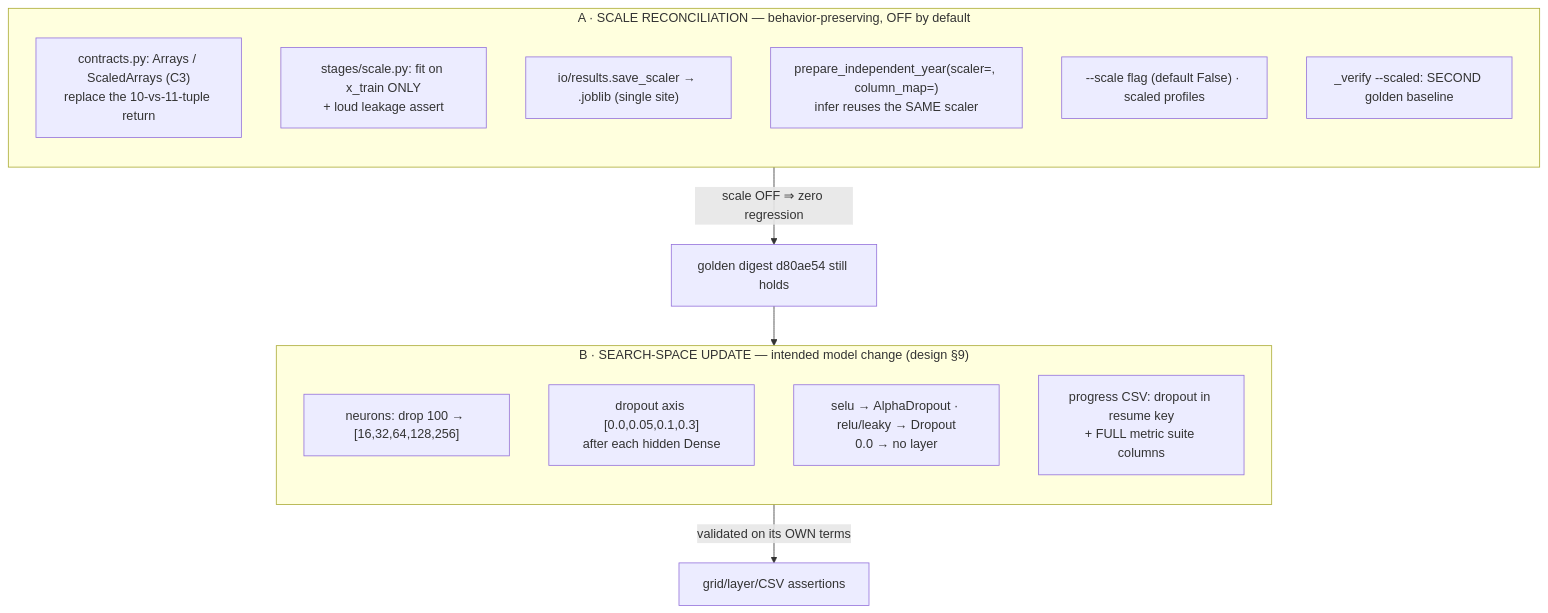
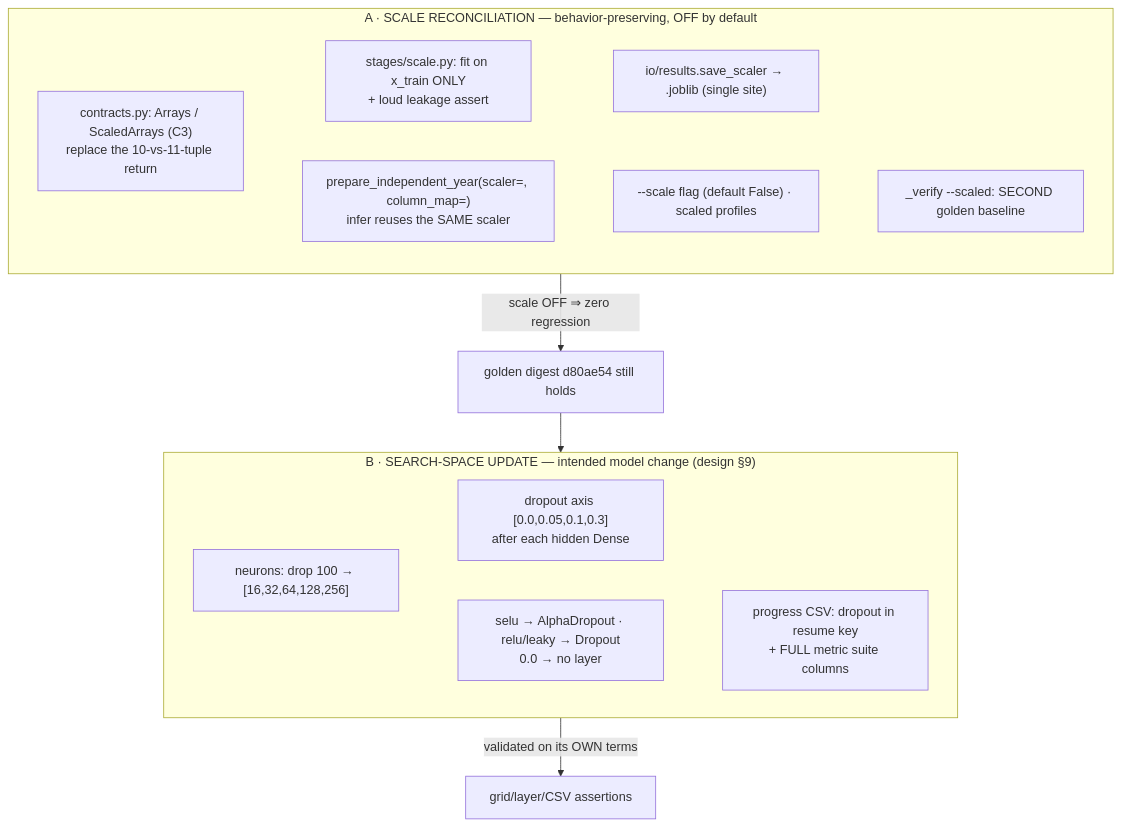
Before and after one commit to conrad-blucher-institute/UQ4ML_WaterTemp: the first of 3 diagrams in docs/ESB_STAGE_C_REPORT.md, drawn with Mermaid.

Commit message:
docs: lay out Stage C V1 subgraphs in 2 rows each
Use direction LR + invisible ~~~ links so section A renders as 2x3 and section B
as 2x2, instead of a single tall column.

````diff
--- a/docs/ESB_STAGE_C_REPORT.md
+++ b/docs/ESB_STAGE_C_REPORT.md
@@ -15,22 +15,28 @@
 ```mermaid
 flowchart TB
   subgraph A["A · SCALE RECONCILIATION — behavior-preserving, OFF by default"]
-    direction TB
+    direction LR
     a1["contracts.py: Arrays / ScaledArrays (C3)<br/>replace the 10-vs-11-tuple return"]
     a2["stages/scale.py: fit on x_train ONLY<br/>+ loud leakage assert"]
     a3["io/results.save_scaler → .joblib (single site)"]
     a4["prepare_independent_year(scaler=, column_map=)<br/>infer reuses the SAME scaler"]
     a5["--scale flag (default False) · scaled profiles"]
     a6["_verify --scaled: SECOND golden baseline"]
+    a1 ~~~ a2 ~~~ a3
+    a4 ~~~ a5 ~~~ a6
+    a1 ~~~ a4
   end
   A -->|"scale OFF ⇒ zero regression"| GATE["golden digest d80ae54 still holds"]
   GATE --> B
   subgraph B["B · SEARCH-SPACE UPDATE — intended model change (design §9)"]
-    direction TB
+    direction LR
     b1["neurons: drop 100 → [16,32,64,128,256]"]
     b2["dropout axis [0.0,0.05,0.1,0.3]<br/>after each hidden Dense"]
     b3["selu → AlphaDropout · relu/leaky → Dropout<br/>0.0 → no layer"]
     b4["progress CSV: dropout in resume key<br/>+ FULL metric suite columns"]
+    b1 ~~~ b2
+    b3 ~~~ b4
+    b1 ~~~ b3
   end
   B -->|"validated on its OWN terms"| GRID["grid/layer/CSV assertions"]
 ```
````
